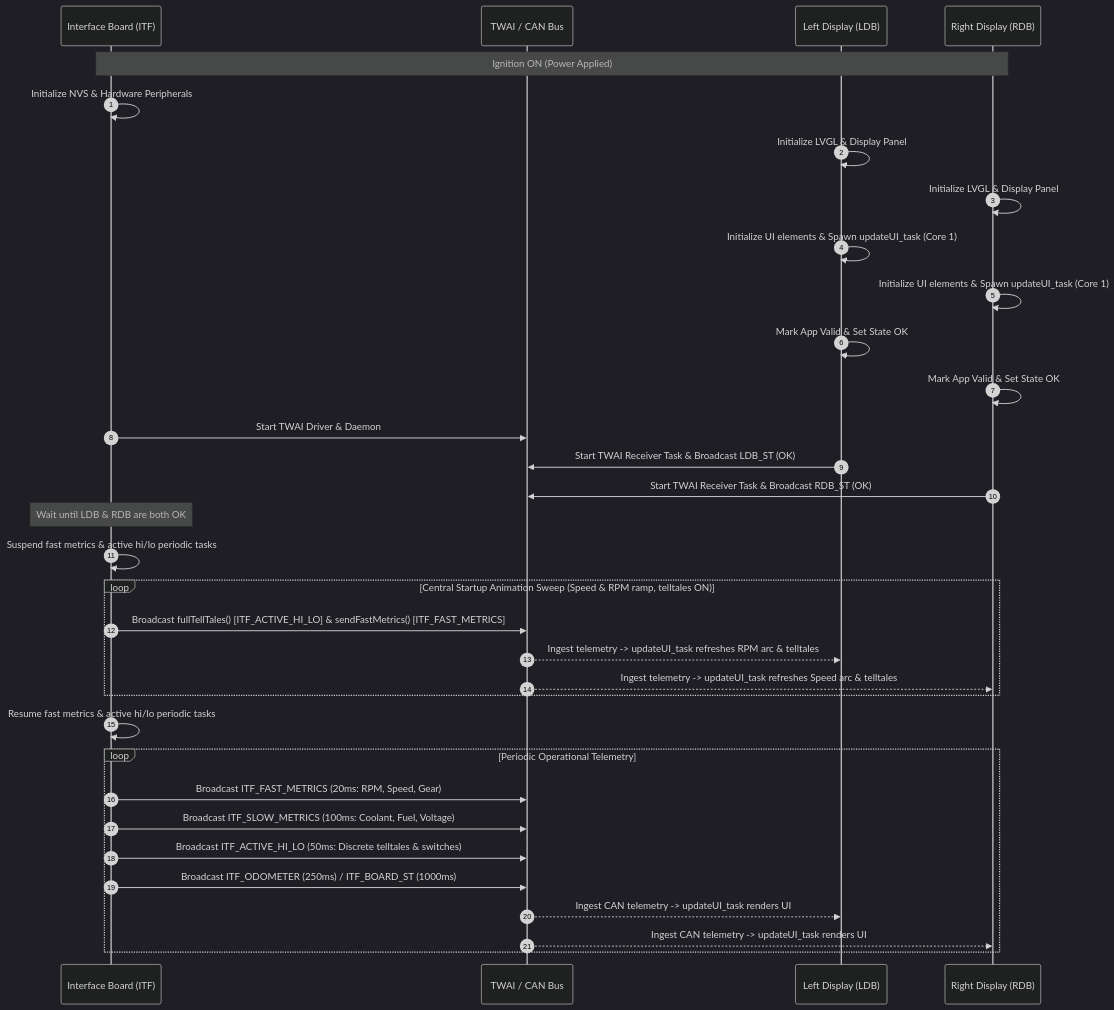
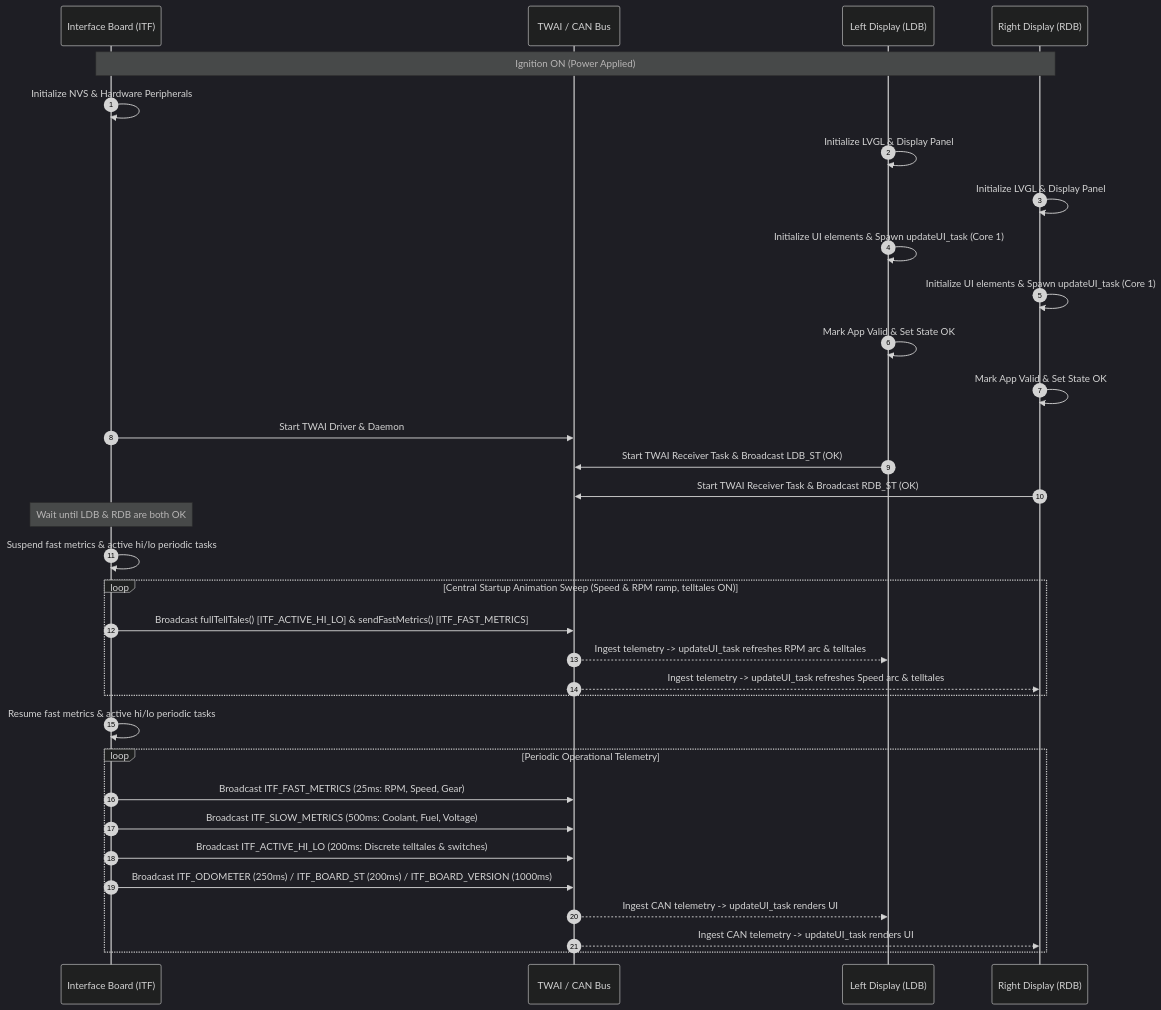
Before and after one commit to martinroger/vx-binocle-espidf: the first of 5 diagrams in docs/SCENARIOS.md, drawn with Mermaid (dark theme). The commit also changed other lines of this file and 26 other files, not shown here.

````diff
--- a/docs/SCENARIOS.md
+++ b/docs/SCENARIOS.md
@@ -9,41 +9,41 @@
 ```mermaid
 sequenceDiagram
     autonumber
     participant ITF as Interface Board (ITF)
     participant CAN as TWAI / CAN Bus
     participant LDB as Left Display (LDB)
     participant RDB as Right Display (RDB)
 
     Note over ITF, RDB: Ignition ON (Power Applied)
     ITF->>ITF: Initialize NVS & Hardware Peripherals
     LDB->>LDB: Initialize LVGL & Display Panel
     RDB->>RDB: Initialize LVGL & Display Panel
     
     LDB->>LDB: Initialize UI elements & Spawn updateUI_task (Core 1)
     RDB->>RDB: Initialize UI elements & Spawn updateUI_task (Core 1)
 
     LDB->>LDB: Mark App Valid & Set State OK
     RDB->>RDB: Mark App Valid & Set State OK
 
     ITF->>CAN: Start TWAI Driver & Daemon
     LDB->>CAN: Start TWAI Receiver Task & Broadcast LDB_ST (OK)
     RDB->>CAN: Start TWAI Receiver Task & Broadcast RDB_ST (OK)
 
     Note over ITF: Wait until LDB & RDB are both OK
     ITF->>ITF: Suspend fast metrics & active hi/lo periodic tasks
     loop Central Startup Animation Sweep (Speed & RPM ramp, telltales ON)
         ITF->>CAN: Broadcast fullTellTales() [ITF_ACTIVE_HI_LO] & sendFastMetrics() [ITF_FAST_METRICS]
         CAN-->>LDB: Ingest telemetry -> updateUI_task refreshes RPM arc & telltales
         CAN-->>RDB: Ingest telemetry -> updateUI_task refreshes Speed arc & telltales
     end
     ITF->>ITF: Resume fast metrics & active hi/lo periodic tasks
 
     loop Periodic Operational Telemetry
-        ITF->>CAN: Broadcast ITF_FAST_METRICS (20ms: RPM, Speed, Gear)
-        ITF->>CAN: Broadcast ITF_SLOW_METRICS (100ms: Coolant, Fuel, Voltage)
-        ITF->>CAN: Broadcast ITF_ACTIVE_HI_LO (50ms: Discrete telltales & switches)
-        ITF->>CAN: Broadcast ITF_ODOMETER (250ms) / ITF_BOARD_ST (1000ms)
+        ITF->>CAN: Broadcast ITF_FAST_METRICS (25ms: RPM, Speed, Gear)
+        ITF->>CAN: Broadcast ITF_SLOW_METRICS (500ms: Coolant, Fuel, Voltage)
+        ITF->>CAN: Broadcast ITF_ACTIVE_HI_LO (200ms: Discrete telltales & switches)
+        ITF->>CAN: Broadcast ITF_ODOMETER (250ms) / ITF_BOARD_ST (200ms) / ITF_BOARD_VERSION (1000ms)
         CAN-->>LDB: Ingest CAN telemetry -> updateUI_task renders UI
         CAN-->>RDB: Ingest CAN telemetry -> updateUI_task renders UI
     end
 ```
````
